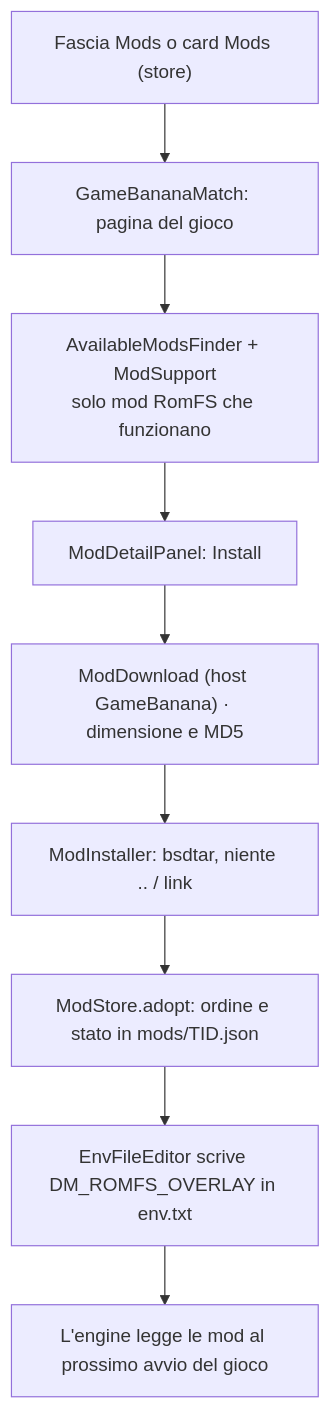
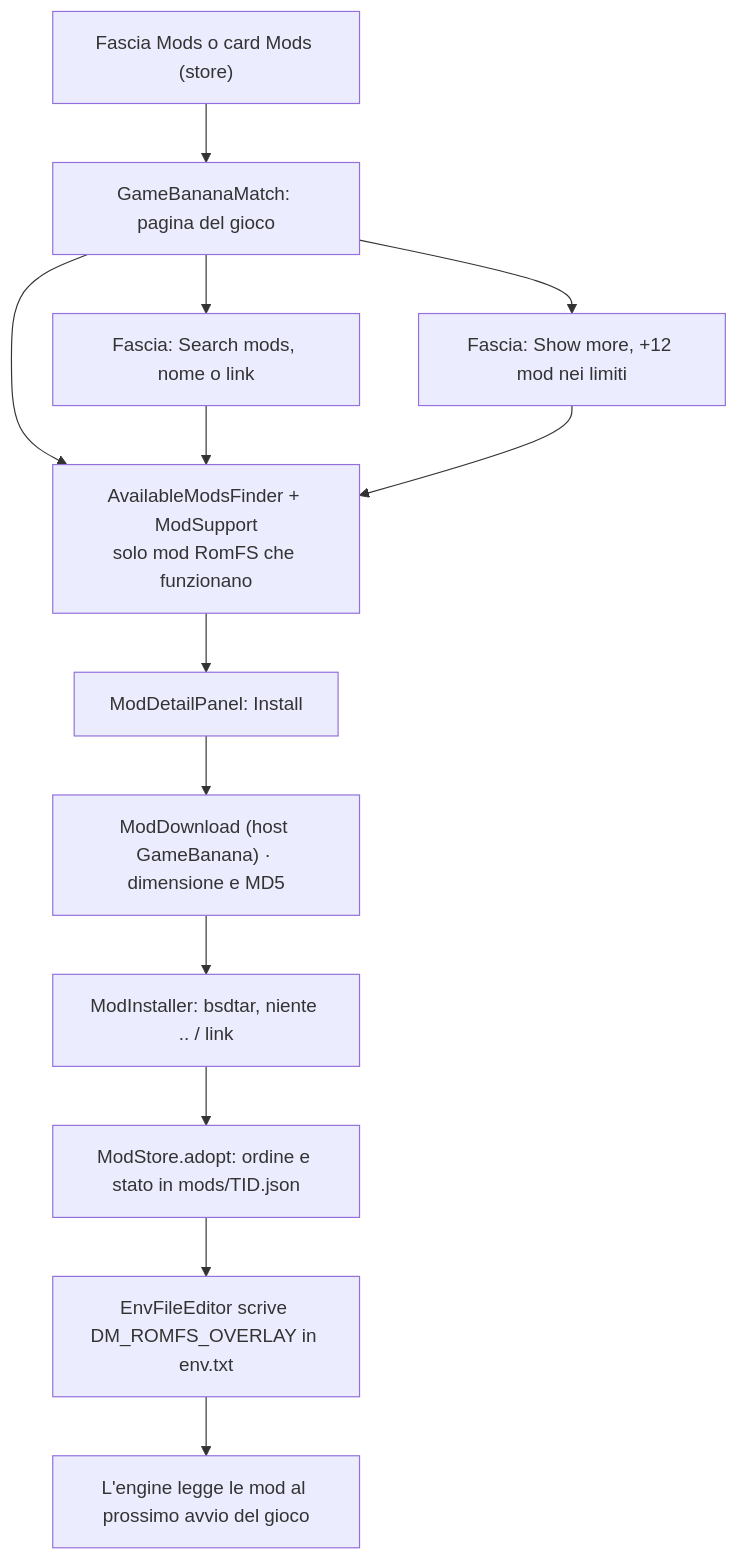
One commit to sofianbll/NxLibrary changed the seventh of 9 diagrams in docs/how-it-works/flows.md. Above: the diagram before and after it, drawn with Mermaid. The commit also changed 19 other files, not shown here.

Commit message:
Add GameBanana search to the game mods band

````diff
--- a/docs/how-it-works/flows.md
+++ b/docs/how-it-works/flows.md
@@ -152,11 +152,15 @@
 ```mermaid
 flowchart TD
     A["Fascia Mods o card Mods (store)"] --> B["GameBananaMatch: pagina del gioco"]
     B --> C["AvailableModsFinder + ModSupport<br/>solo mod RomFS che funzionano"]
+    B --> S["Fascia: Search mods, nome o link"]
+    S --> C
+    B --> M["Fascia: Show more, +12 mod nei limiti"]
+    M --> C
     C --> D["ModDetailPanel: Install"]
     D --> E["ModDownload (host GameBanana) · dimensione e MD5"]
     E --> F["ModInstaller: bsdtar, niente .. / link"]
     F --> G["ModStore.adopt: ordine e stato in mods/TID.json"]
     G --> H["EnvFileEditor scrive DM_ROMFS_OVERLAY in env.txt"]
     H --> I["L'engine legge le mod al prossimo avvio del gioco"]
 ```
````
